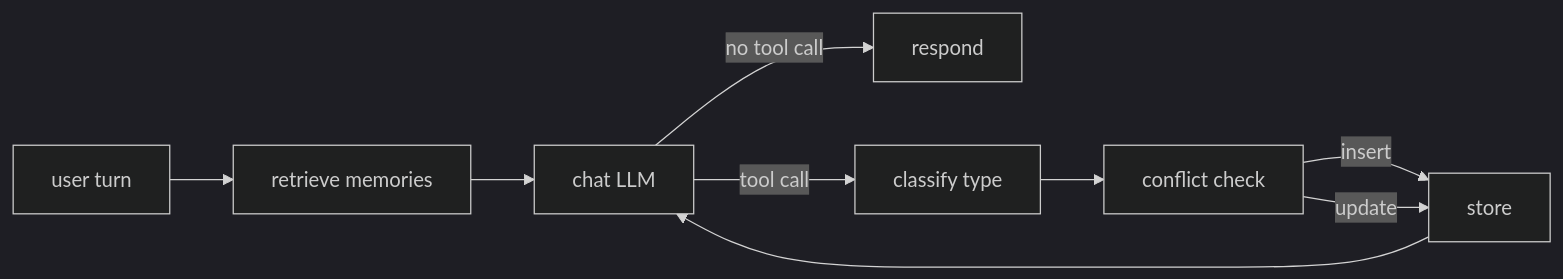
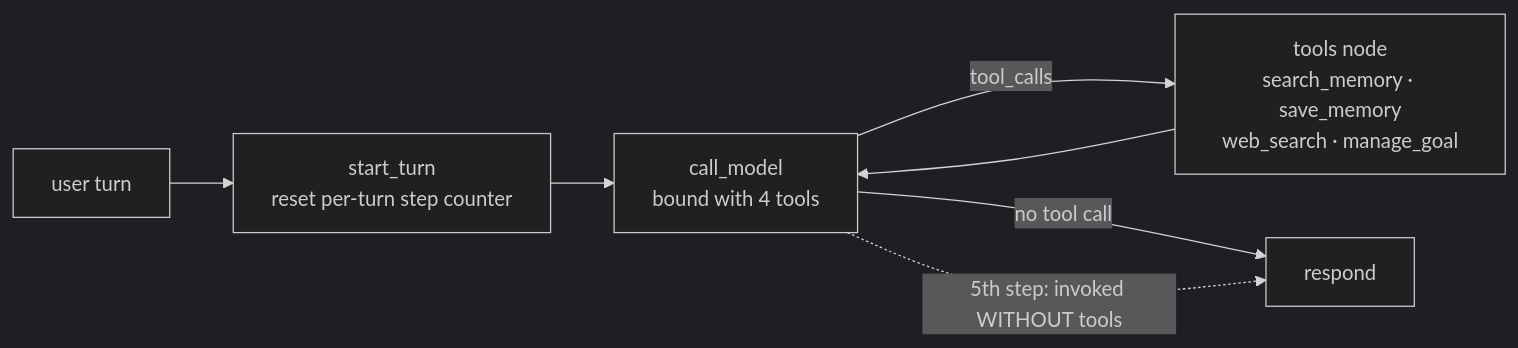
The diagram in README.md (MANVENDRA-github/sage-agent), drawn with Mermaid (dark theme) before and after one commit. The commit also changed other lines of this file, not shown here.

````diff
--- a/README.md
+++ b/README.md
@@ -90,11 +113,9 @@
 ```mermaid
 flowchart LR
-    U[user turn] --> R[retrieve memories]
-    R --> C[chat LLM]
-    C -->|no tool call| RSP[respond]
-    C -->|tool call| K[classify type]
-    K --> X[conflict check]
-    X -->|insert| S[store]
-    X -->|update| S
-    S --> C
+    U[user turn] --> ST[start_turn<br/>reset per-turn step counter]
+    ST --> CM[call_model<br/>bound with 4 tools]
+    CM -->|tool_calls| T["tools node<br/>search_memory · save_memory<br/>web_search · manage_goal"]
+    T --> CM
+    CM -->|no tool call| RSP[respond]
+    CM -.->|5th step: invoked WITHOUT tools| RSP
 ```
````
